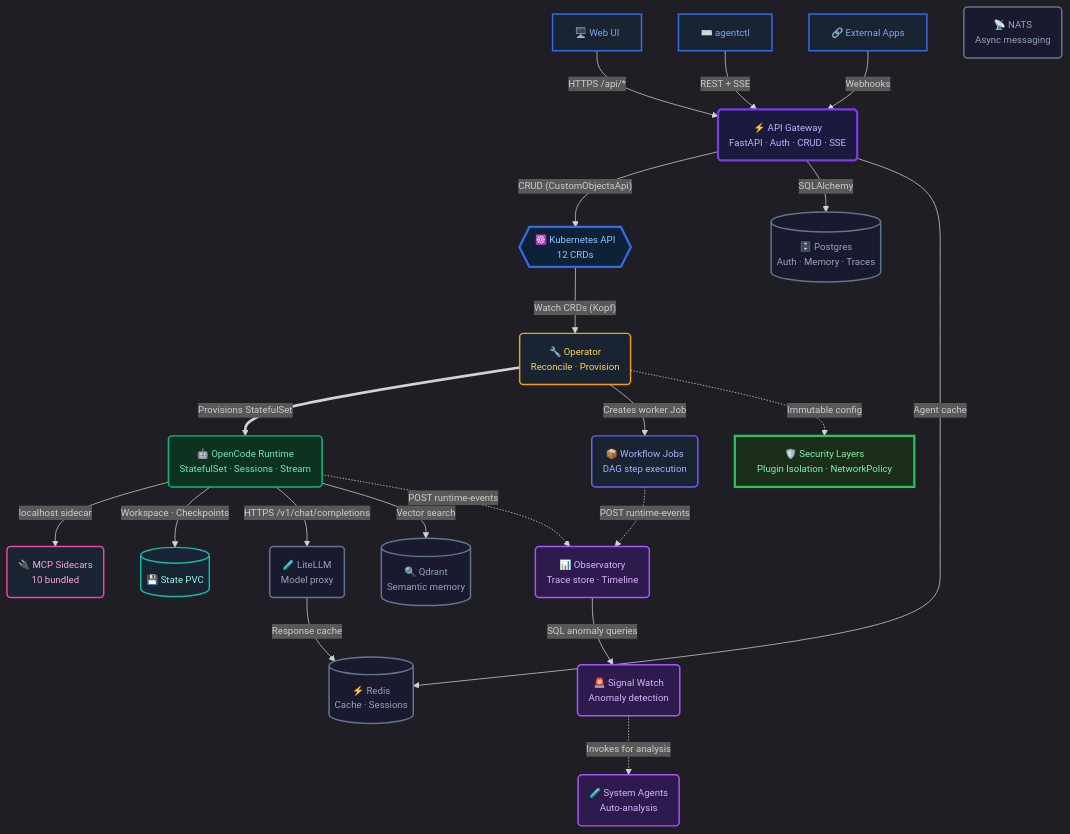
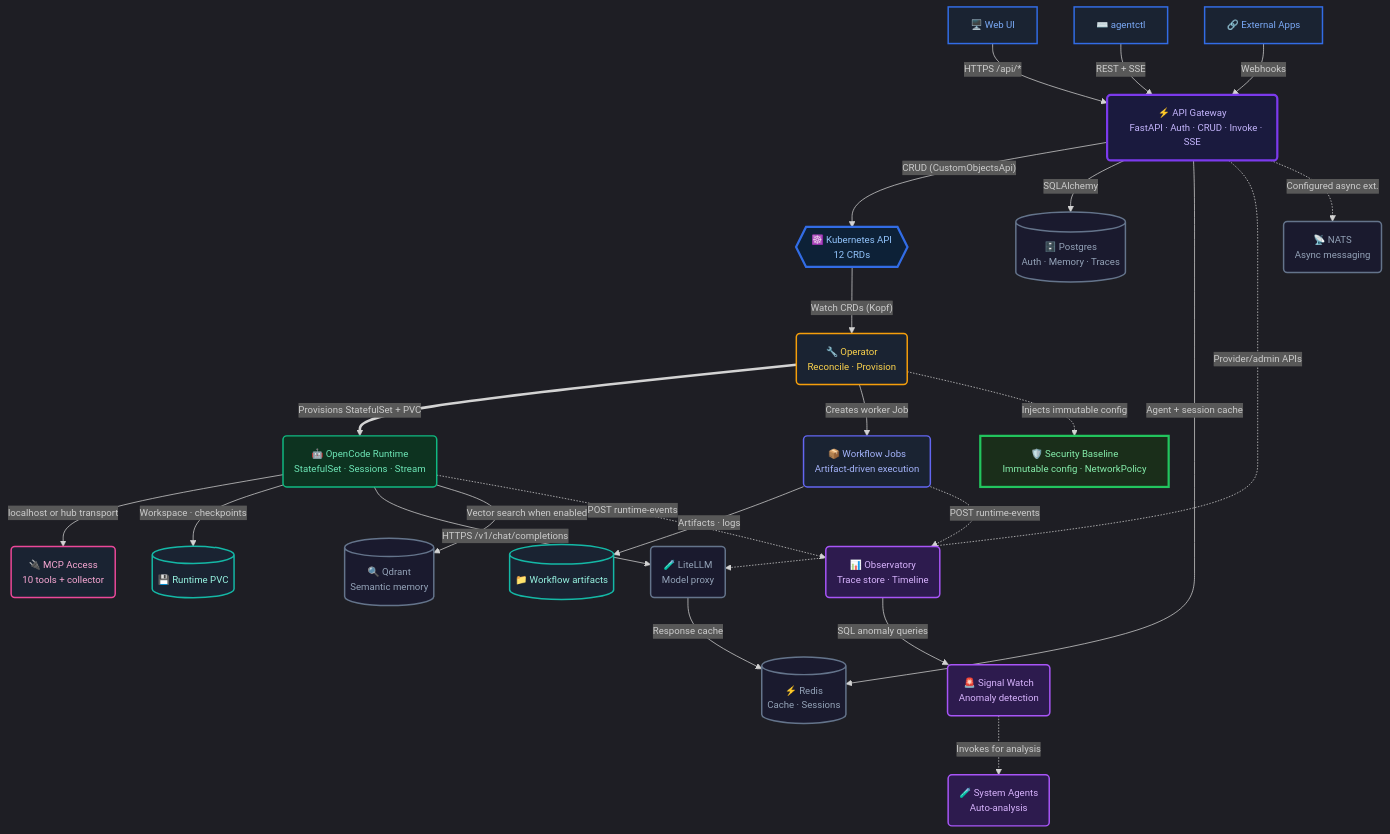
One commit to ykbytes/kubesynapse.ai changed the diagram in README.md. Above: the diagram before and after it, drawn with Mermaid. The commit also changed other lines of this file and 86 other files, not shown here.

````diff
--- a/README.md
+++ b/README.md
@@ -209,78 +211,82 @@
 ```mermaid
 %%{init: {'theme': 'dark', 'themeVariables': { 'fontSize': '13px' }}}%%
 flowchart TB
     UI["🖥️ Web UI"]:::c
     CLI["⌨️ agentctl"]:::c
     EXT["🔗 External Apps"]:::c
 
     GW("⚡ API Gateway
-    FastAPI · Auth · CRUD · SSE"):::g
+    FastAPI · Auth · CRUD · Invoke · SSE"):::g
 
     K8S{{"☸️ Kubernetes API
     12 CRDs"}}:::k
 
     OP("🔧 Operator
     Reconcile · Provision"):::o
 
-    SEC["🛡️ Security Layers
-    Plugin Isolation · NetworkPolicy"]:::sec
+    SEC["🛡️ Security Baseline
+    Immutable config · NetworkPolicy"]:::sec
 
     OC("🤖 OpenCode Runtime
     StatefulSet · Sessions · Stream"):::r
     JOB("📦 Workflow Jobs
-    DAG step execution"):::w
+    Artifact-driven execution"):::w
 
-    MCP("🔌 MCP Sidecars
-    10 bundled"):::s
-    PVC[("💾 State PVC")]:::d
+    MCP("🔌 MCP Access
+    10 tools + collector"):::s
+    PVC[("💾 Runtime PVC")]:::d
+    ART[("📁 Workflow artifacts")]:::d
 
     LLM("🧪 LiteLLM
     Model proxy"):::shared
     PG[("🗄️ Postgres
     Auth · Memory · Traces")]:::shared
     REDIS[("⚡ Redis
     Cache · Sessions")]:::shared
     QDRANT[("🔍 Qdrant
     Semantic memory")]:::shared
     NATS("📡 NATS
     Async messaging"):::shared
 
     TRACE("📊 Observatory
     Trace store · Timeline"):::intel
     SIGNAL("🚨 Signal Watch
     Anomaly detection"):::intel
     SYS("🧪 System Agents
     Auto-analysis"):::intel
 
     UI -->|"HTTPS /api/*"| GW
     CLI -->|"REST + SSE"| GW
     EXT -->|"Webhooks"| GW
     GW -->|"CRUD (CustomObjectsApi)"| K8S
     GW -->|"SQLAlchemy"| PG
-    GW -->|"Agent cache"| REDIS
+    GW -->|"Agent + session cache"| REDIS
+    GW -.->|"Provider/admin APIs"| LLM
+    GW -.->|"Configured async ext."| NATS
     K8S -->|"Watch CRDs (Kopf)"| OP
-    OP ==>|"Provisions StatefulSet"| OC
+    OP ==>|"Provisions StatefulSet + PVC"| OC
     OP -->|"Creates worker Job"| JOB
-    OP -.->|"Immutable config"| SEC
-    OC -->|"localhost sidecar"| MCP
-    OC -->|"Workspace · Checkpoints"| PVC
+    OP -.->|"Injects immutable config"| SEC
+    OC -->|"localhost or hub transport"| MCP
+    OC -->|"Workspace · checkpoints"| PVC
+    JOB -->|"Artifacts · logs"| ART
     OC -->|"HTTPS /v1/chat/completions"| LLM
-    OC -->|"Vector search"| QDRANT
+    OC -->|"Vector search when enabled"| QDRANT
     LLM -->|"Response cache"| REDIS
     OC -.->|"POST runtime-events"| TRACE
     JOB -.->|"POST runtime-events"| TRACE
     TRACE -->|"SQL anomaly queries"| SIGNAL
     SIGNAL -.->|"Invokes for analysis"| SYS
 
     classDef c fill:#1a2332,stroke:#326CE5,stroke-width:2px,color:#7baaf7
     classDef g fill:#1a1a3e,stroke:#7c3aed,stroke-width:3px,color:#c4b5fd
     classDef k fill:#0d2137,stroke:#326CE5,stroke-width:3px,color:#93c5fd
     classDef o fill:#1a2332,stroke:#f59e0b,stroke-width:2px,color:#fcd34d
     classDef r fill:#0d3320,stroke:#10b981,stroke-width:2px,color:#6ee7b7
     classDef w fill:#1a2332,stroke:#6366f1,stroke-width:2px,color:#a5b4fc
     classDef s fill:#1a2332,stroke:#ec4899,stroke-width:2px,color:#f9a8d4
     classDef d fill:#1a2332,stroke:#14b8a6,stroke-width:2px,color:#99f6e4
     classDef shared fill:#1a1a2e,stroke:#64748b,stroke-width:2px,color:#94a3b8
     classDef intel fill:#2d1b4e,stroke:#a855f7,stroke-width:2px,color:#d8b4fe
     classDef sec fill:#1a2e1a,stroke:#22c55e,stroke-width:3px,color:#86efac
 ```
````
